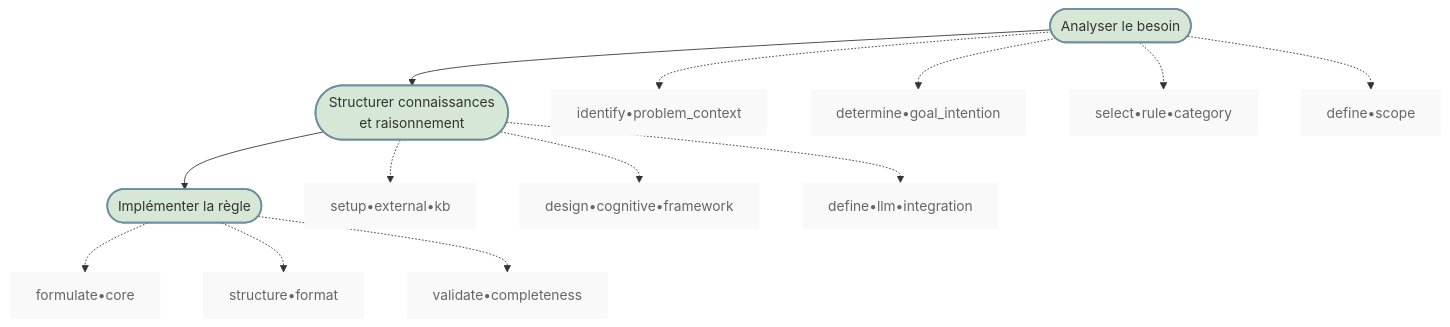
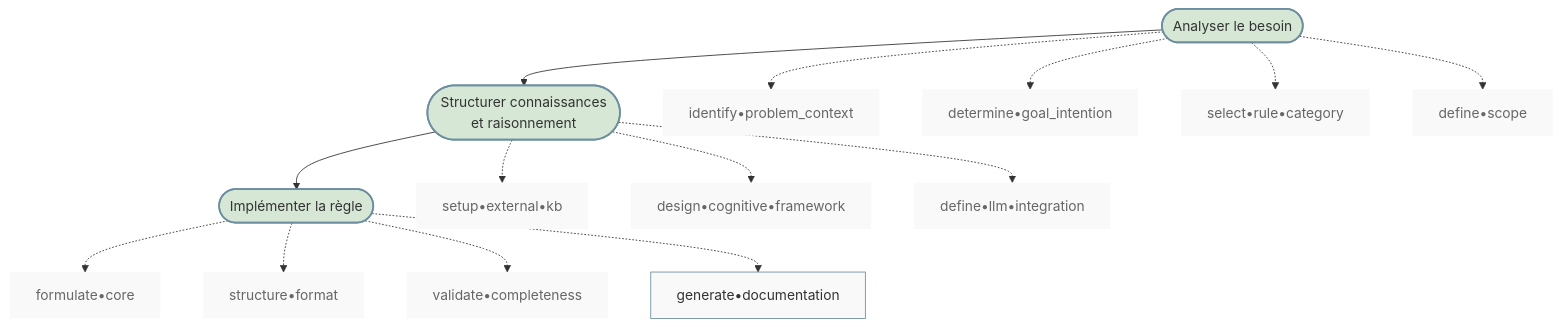
Before and after one commit to giak/cursor-rules-agile-workflow: the third of 7 diagrams in .cursor/documentation/0000-cursor-rules-documentation.md, drawn with Mermaid. The commit also changed other lines of this file and 6 other files, not shown here.

````diff
--- a/.cursor/documentation/0000-cursor-rules-documentation.md
+++ b/.cursor/documentation/0000-cursor-rules-documentation.md
@@ -109,27 +116,30 @@
 ```mermaid
 flowchart TB
     %% Phases principales du workflow
     A(["Analyser le besoin"]) --> B(["Structurer connaissances<br>et raisonnement"])
     B --> C(["Implémenter la règle"])
 
     %% Détails des phases connectés par des lignes pointillées
     A -.-> A1["identify•problem_context"]
     A -.-> A2["determine•goal_intention"]
     A -.-> A3["select•rule•category"]
     A -.-> A4["define•scope"]
 
     B -.-> B1["setup•external•kb"]
     B -.-> B2["design•cognitive•framework"]
     B -.-> B3["define•llm•integration"]
 
     C -.-> C1["formulate•core"]
     C -.-> C2["structure•format"]
     C -.-> C3["validate•completeness"]
+    C -.-> C4["generate•documentation"]
 
     %% Styles améliorés
     classDef phase fill:#d6e8d5,stroke:#6c8ea0,stroke-width:2px,color:#333,rx:5
     classDef step fill:#f9f9f9,stroke:none,stroke-width:1px,color:#666
+    classDef newstep fill:#f9f9f9,stroke:#6c8ea0,stroke-width:1px,color:#333
 
     class A,B,C phase
     class A1,A2,A3,A4,B1,B2,B3,C1,C2,C3 step
+    class C4 newstep
 ```
````
